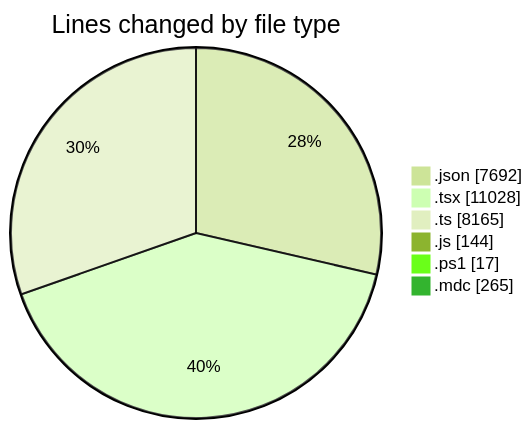
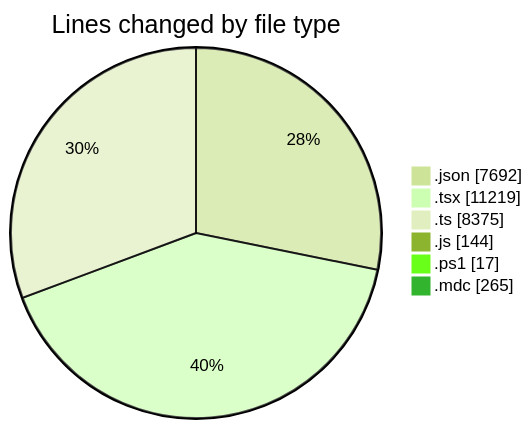
Before and after one commit to CELIANVF/code-tracking: the first of 2 diagrams in 2025-06-10/ecodeli-1/README.md, drawn with Mermaid (forest theme). The commit also changed other lines of this file and 1 other file, not shown here.

````diff
--- a/2025-06-10/ecodeli-1/README.md
+++ b/2025-06-10/ecodeli-1/README.md
@@ -83,10 +85,10 @@
 ```mermaid
 pie showData
 title Lines changed by file type
 ".json" : 7692
-".tsx" : 11028
-".ts" : 8165
+".tsx" : 11219
+".ts" : 8375
 ".js" : 144
 ".ps1" : 17
 ".mdc" : 265
 ```
````
